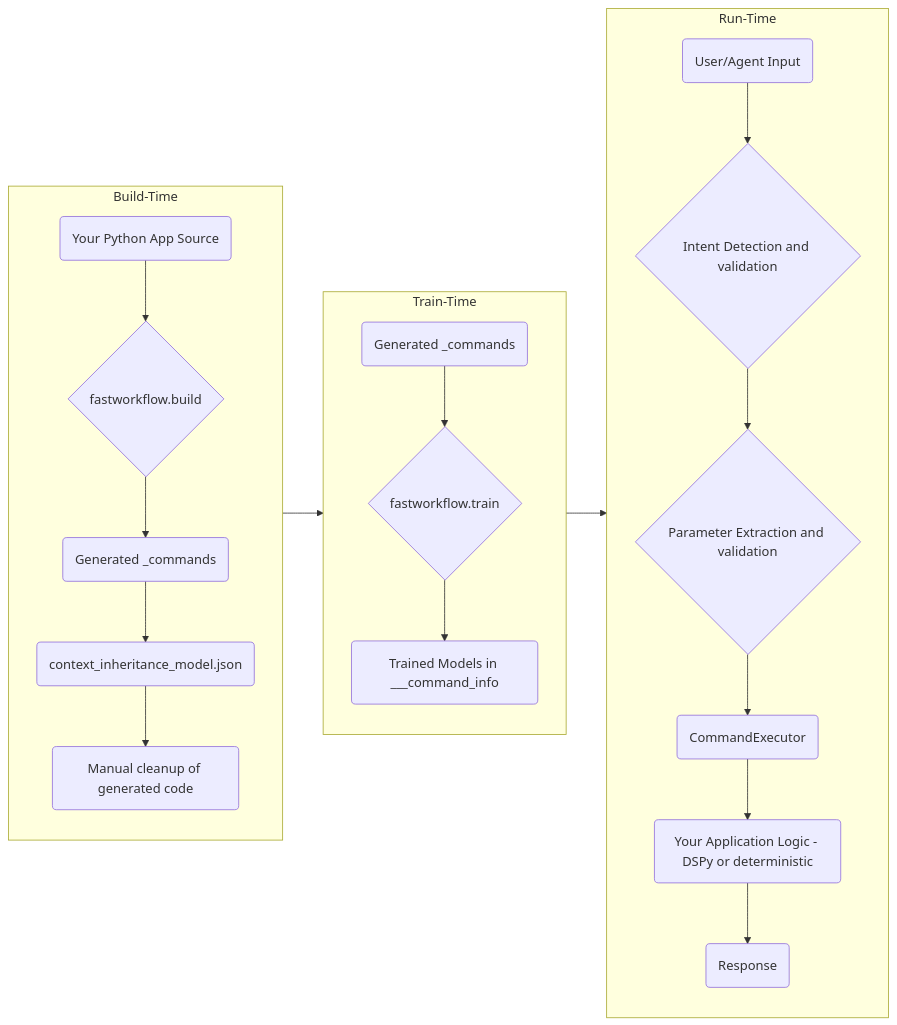
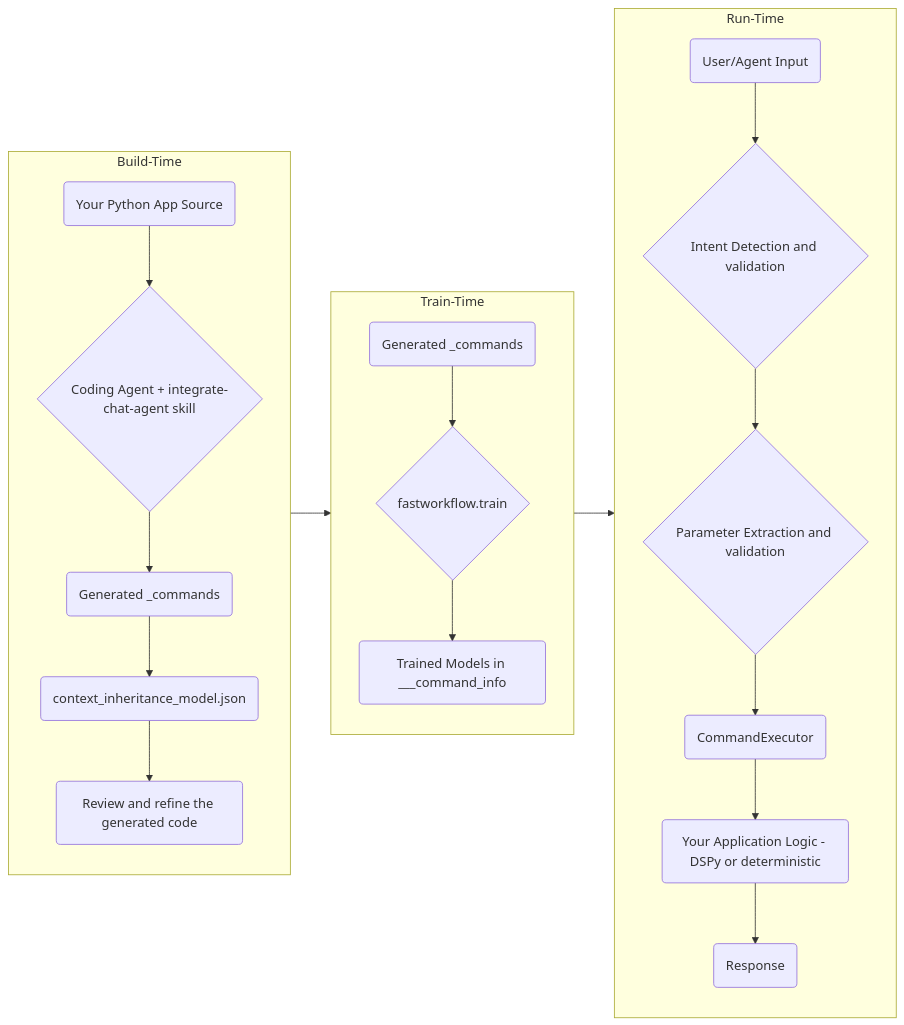
The diagram in README.md (radiantlogicinc/fastworkflow), drawn with Mermaid before and after one commit. The commit also changed other lines of this file and 2 other files, not shown here.

Commit message:
Updated readme and added a coding agent skill to help application developers integrate fastWorkflow-based agentic chat into their applications

````diff
--- a/README.md
+++ b/README.md
@@ -108,25 +110,25 @@
 ```mermaid
 graph LR
     subgraph A[Build-Time]
-        A1(Your Python App Source) --> A2{fastworkflow.build};
+        A1(Your Python App Source) --> A2{Coding Agent + integrate-chat-agent skill};
         A2 --> A3(Generated _commands);
         A3 --> A4(context_inheritance_model.json);
-        A4 --> A5(Manual cleanup of generated code)
+        A4 --> A5(Review and refine the generated code)
     end
 
     subgraph B[Train-Time]
         B1(Generated _commands) --> B2{fastworkflow.train};
         B2 --> B3(Trained Models in ___command_info);
     end
 
     subgraph C[Run-Time]
         C1(User/Agent Input) --> C2{Intent Detection and validation};
         C2 --> C3{Parameter Extraction and validation};
         C3 --> C4(CommandExecutor);
         C4 --> C5(Your Application Logic - DSPy or deterministic); 
         C5 --> C6(Response);
     end
 
     A --> B;
     B --> C;
 ```
````
